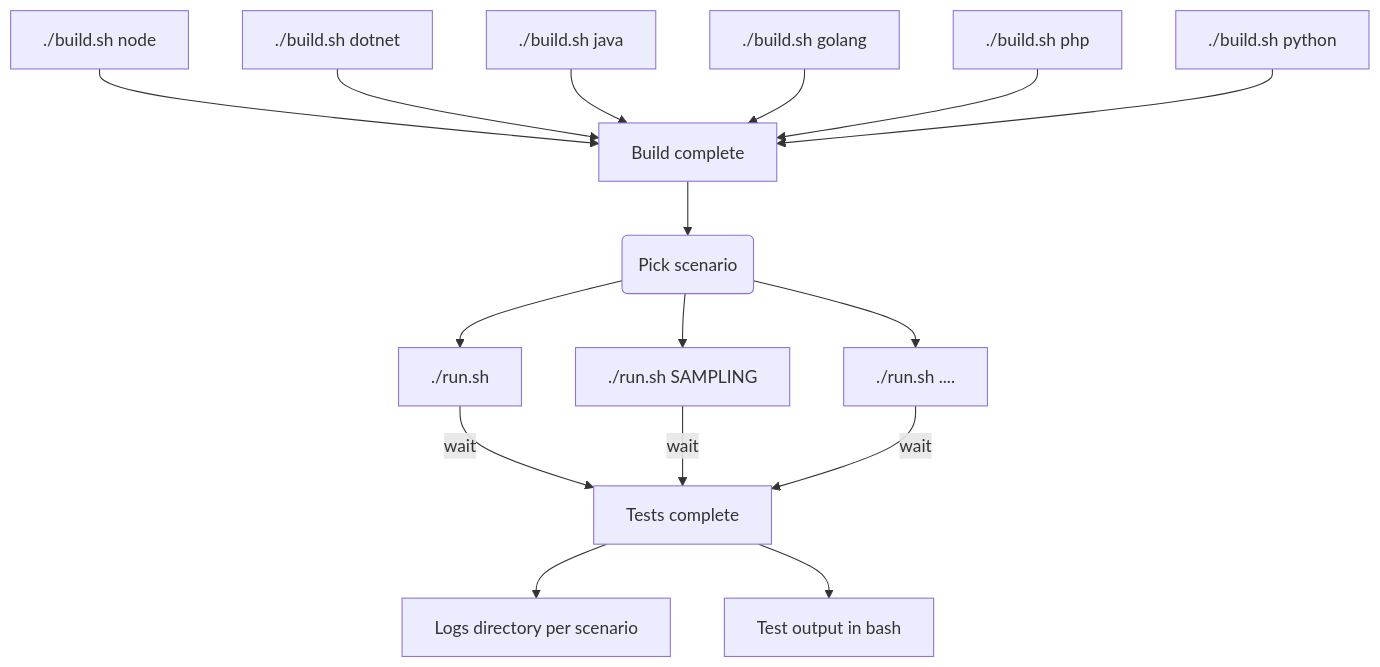
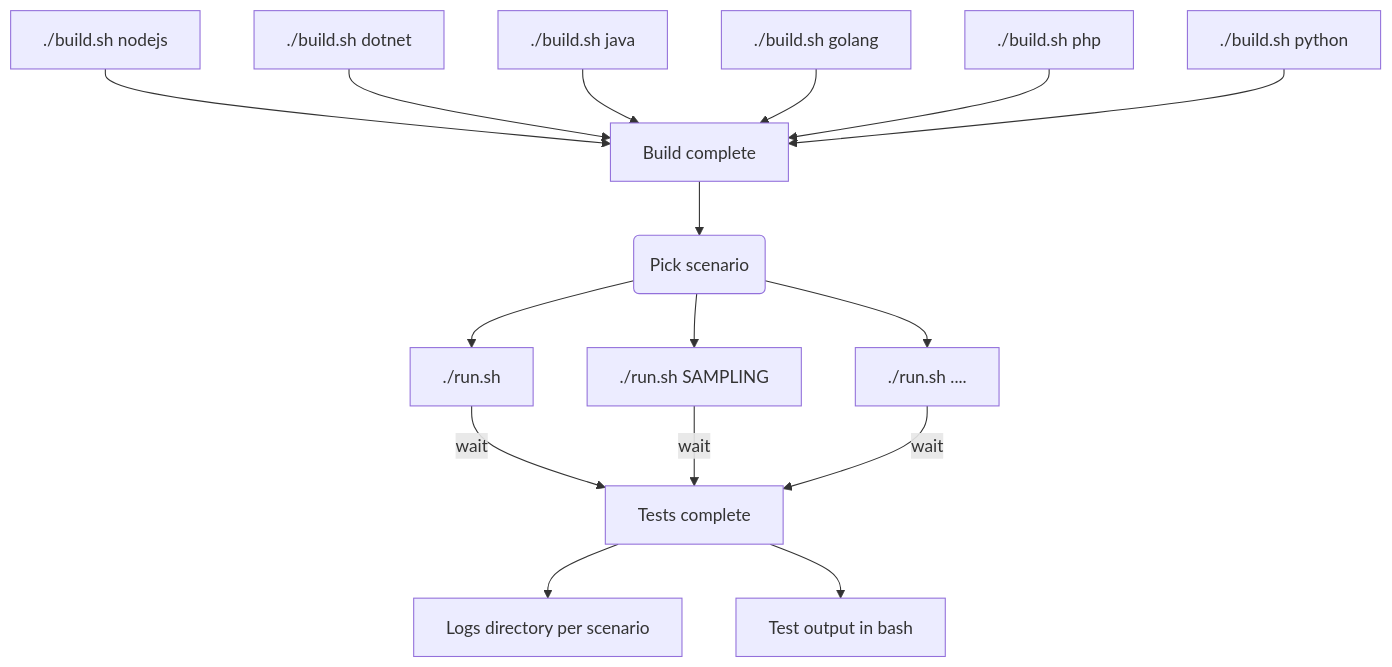
Before and after one commit to DataDog/system-tests: the diagram in README.md, drawn with Mermaid.

````diff
--- a/README.md
+++ b/README.md
@@ -13,20 +13,20 @@
 ```mermaid
 flowchart TD
-    BUILDNODE[./build.sh node] --> BUILT
+    BUILDNODE[./build.sh nodejs] --> BUILT
     BUILDDOTNET[./build.sh dotnet] --> BUILT
     BUILDJAVA[./build.sh java] --> BUILT
     BUILDGO[./build.sh golang] --> BUILT
     BUILDPHP[./build.sh php] --> BUILT
     BUILDPY[./build.sh python] --> BUILT
     BUILT[Build complete] --> SCENARIO
     SCENARIO(Pick scenario) --> RUNDEFAULT
     SCENARIO --> RUNSAMPLING
     SCENARIO --> RUNMISC
     RUNDEFAULT[./run.sh] -->|wait| FINISH
     RUNSAMPLING[./run.sh SAMPLING] -->|wait| FINISH
     RUNMISC[./run.sh ....] -->|wait| FINISH
     FINISH[Tests complete] --> LOGS
     FINISH[Tests complete] --> OUTPUT
     OUTPUT[Test output in bash]
     LOGS[Logs directory per scenario]
 ```
````
